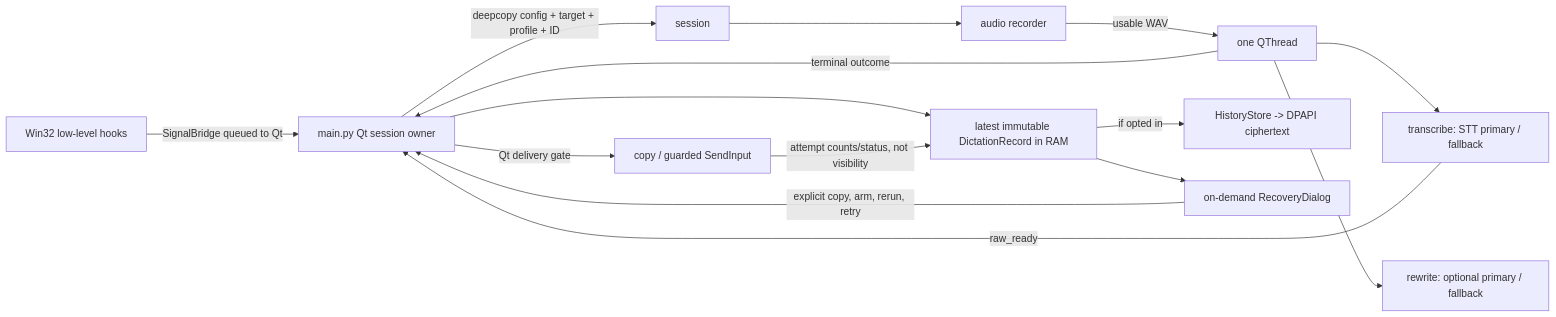
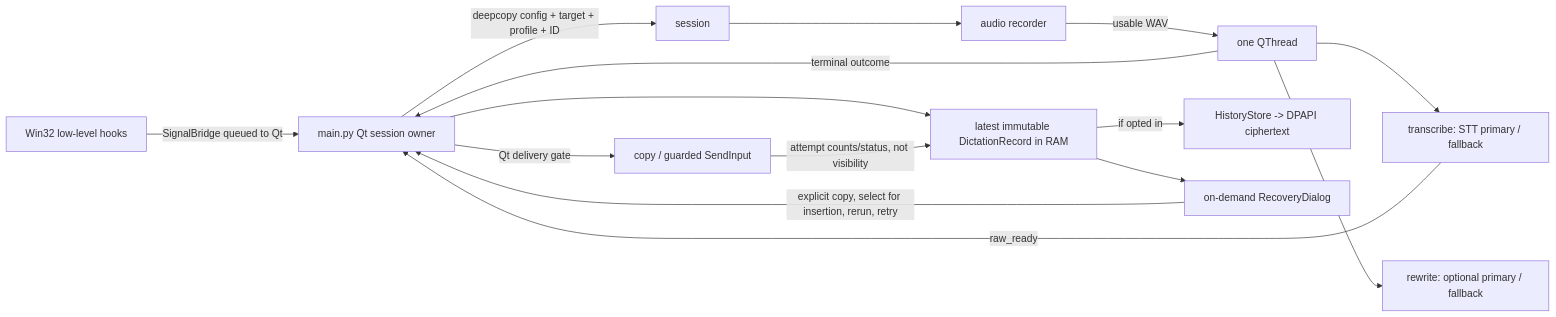
One commit to DavidHruby1/screamer changed the diagram in docs/IMPLEMENTATION.md. Above: the diagram before and after it, drawn with Mermaid. The commit also changed other lines of this file and 39 other files, not shown here.

````diff
--- a/docs/IMPLEMENTATION.md
+++ b/docs/IMPLEMENTATION.md
@@ -772,17 +777,17 @@
 ```mermaid
 flowchart LR
     HK[Win32 low-level hooks] -->|SignalBridge queued to Qt| M[main.py Qt session owner]
     M -->|deepcopy config + target + profile + ID| S[session]
     S --> A[audio recorder]
     A -->|usable WAV| W[one QThread]
     W --> STT[transcribe: STT primary / fallback]
     STT -->|raw_ready| M
     W --> RW[rewrite: optional primary / fallback]
     W -->|terminal outcome| M
     M --> R[latest immutable DictationRecord in RAM]
     R -->|if opted in| HS[HistoryStore -> DPAPI ciphertext]
     M -->|Qt delivery gate| OUT[copy / guarded SendInput]
     OUT -->|attempt counts/status, not visibility| R
     R --> UI[on-demand RecoveryDialog]
-    UI -->|explicit copy, arm, rerun, retry| M
+    UI -->|explicit copy, select for insertion, rerun, retry| M
 ```
````
